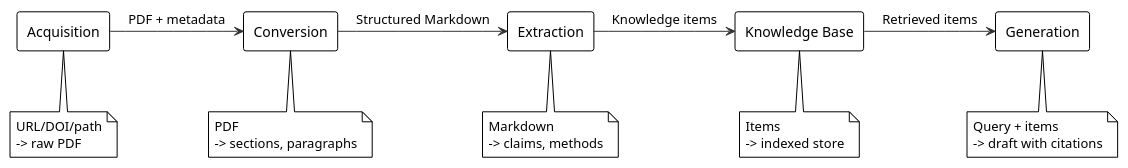
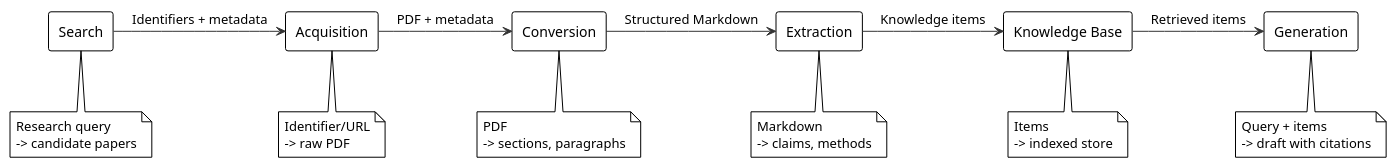
One commit to petar-djukic/research-engine changed the diagram in docs/ARCHITECTURE.md. Above: the diagram before and after it, drawn with PlantUML. The commit also changed other lines of this file, not shown here.

First line of the commit message:
Update ARCHITECTURE.md for six-stage pipeline with Search (research-engine-cgg.2)

````diff
--- a/docs/ARCHITECTURE.md
+++ b/docs/ARCHITECTURE.md
@@ -28,25 +29,28 @@
 ```plantuml
 @startuml
 !theme plain
 skinparam backgroundColor white
 skinparam arrowColor #333333
 
+rectangle "Search" as srch
 rectangle "Acquisition" as acq
 rectangle "Conversion" as conv
 rectangle "Extraction" as ext
 rectangle "Knowledge Base" as kb
 rectangle "Generation" as gen
 
+srch -right-> acq : Identifiers + metadata
 acq -right-> conv : PDF + metadata
 conv -right-> ext : Structured Markdown
 ext -right-> kb : Knowledge items
 kb -right-> gen : Retrieved items
 
-note bottom of acq : URL/DOI/path\n-> raw PDF
+note bottom of srch : Research query\n-> candidate papers
+note bottom of acq : Identifier/URL\n-> raw PDF
 note bottom of conv : PDF\n-> sections, paragraphs
 note bottom of ext : Markdown\n-> claims, methods
 note bottom of kb : Items\n-> indexed store
 note bottom of gen : Query + items\n-> draft with citations
 
 @enduml
 ```
````
